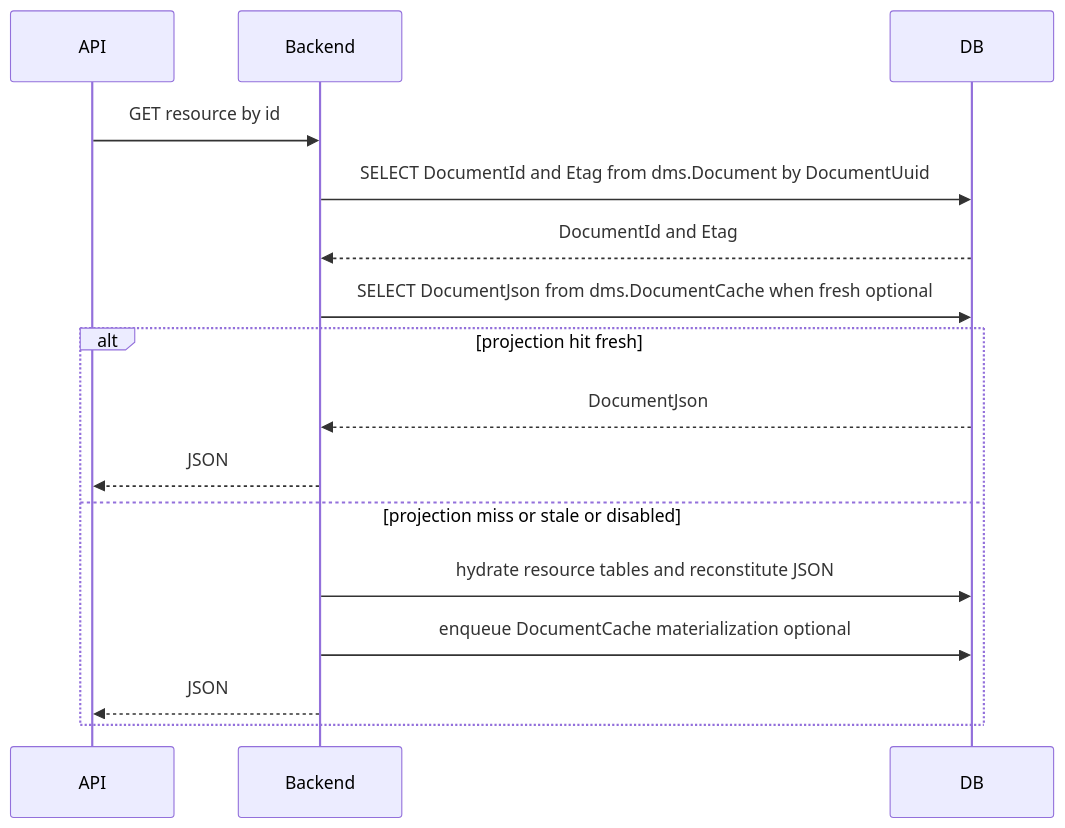
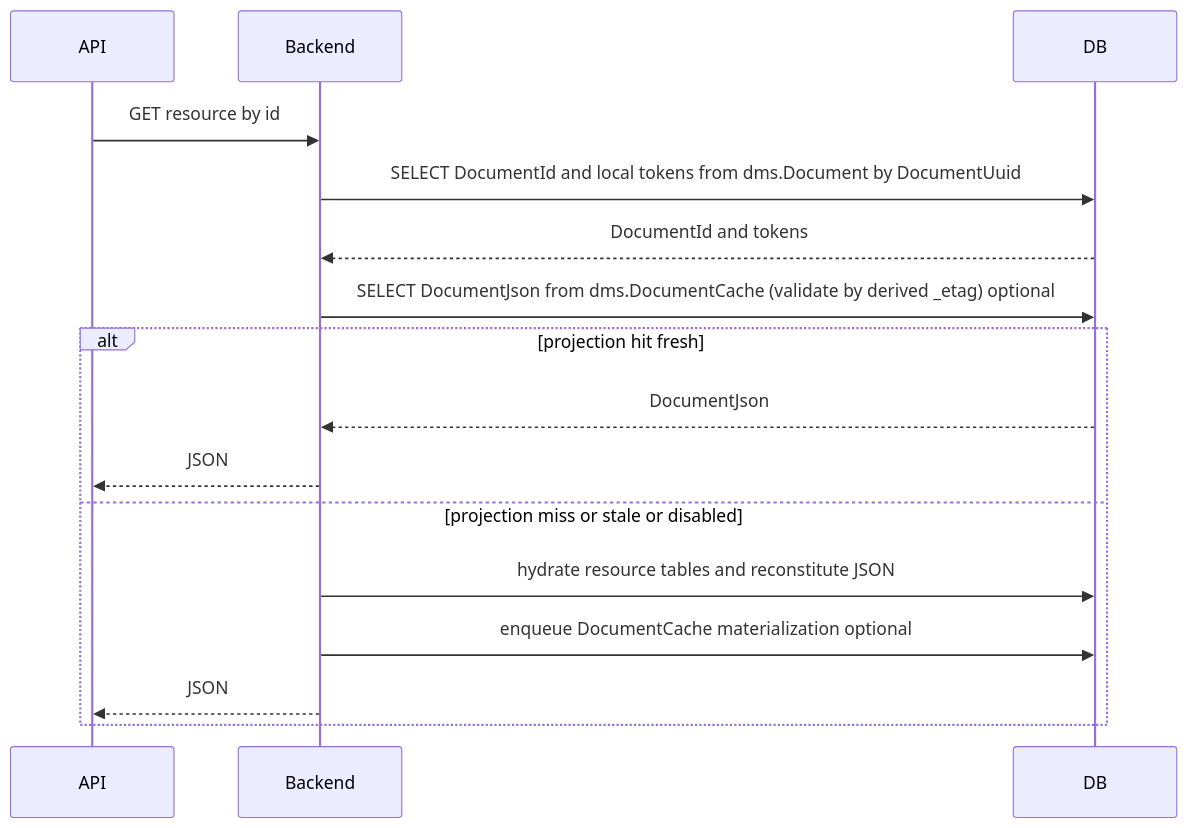
One commit to Ed-Fi-Alliance-OSS/Data-Management-Service changed the second of 2 diagrams in reference/design/backend-redesign/transactions-and-concurrency.md. Above: the diagram before and after it, drawn with Mermaid. The commit also changed other lines of this file and 6 other files, not shown here.

````diff
--- a/reference/design/backend-redesign/transactions-and-concurrency.md
+++ b/reference/design/backend-redesign/transactions-and-concurrency.md
@@ -999,20 +839,20 @@
 ```mermaid
 sequenceDiagram
   participant API
   participant Backend
   participant DB
 
   API->>Backend: GET resource by id
-  Backend->>DB: SELECT DocumentId and Etag from dms.Document by DocumentUuid
-  DB-->>Backend: DocumentId and Etag
+  Backend->>DB: SELECT DocumentId and local tokens from dms.Document by DocumentUuid
+  DB-->>Backend: DocumentId and tokens
 
-  Backend->>DB: SELECT DocumentJson from dms.DocumentCache when fresh optional
+  Backend->>DB: SELECT DocumentJson from dms.DocumentCache (validate by derived _etag) optional
   alt projection hit fresh
     DB-->>Backend: DocumentJson
     Backend-->>API: JSON
   else projection miss or stale or disabled
     Backend->>DB: hydrate resource tables and reconstitute JSON
     Backend->>DB: enqueue DocumentCache materialization optional
     Backend-->>API: JSON
   end
 ```
````
